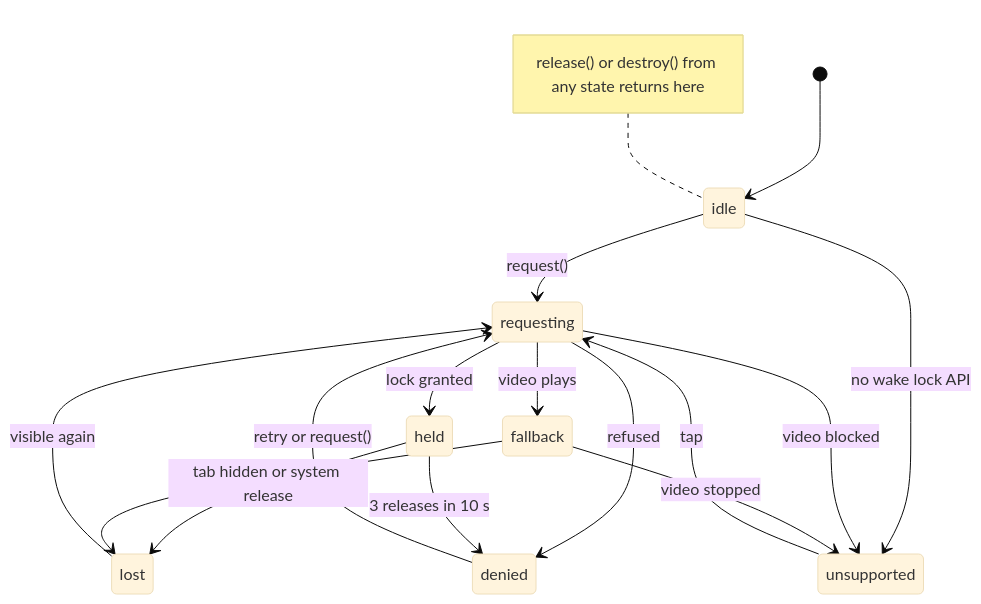
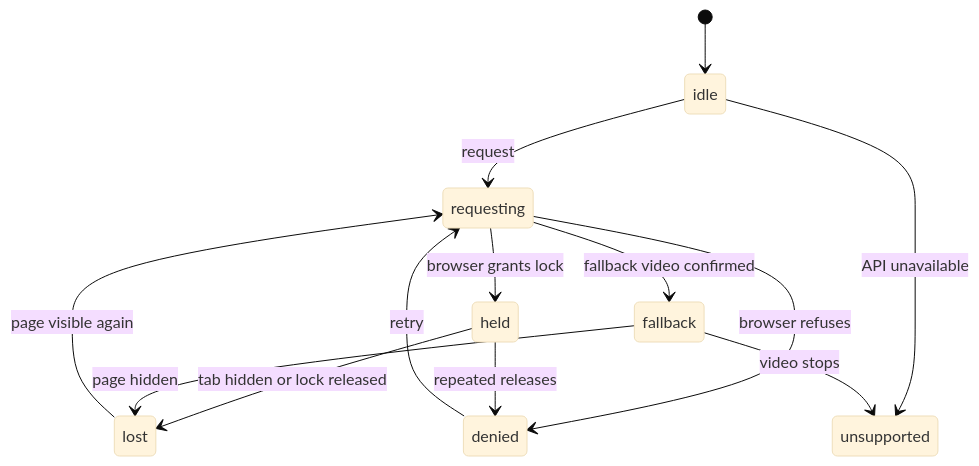
One commit to SoubhikBiswas-gitHub/awaketab changed the first of 2 diagrams in README.md. Above: the diagram before and after it, drawn with Mermaid (base theme). The commit also changed other lines of this file and 3 other files, not shown here.

Commit message:
docs: refresh AwakeTab project landing page

````diff
--- a/README.md
+++ b/README.md
@@ -54,18 +109,15 @@
 ```mermaid
 stateDiagram-v2
     [*] --> idle
-    idle --> requesting: request()
-    idle --> unsupported: no wake lock API
-    requesting --> held: lock granted
-    requesting --> fallback: video plays
-    requesting --> denied: refused
-    requesting --> unsupported: video blocked
-    held --> lost: tab hidden or system release
-    held --> denied: 3 releases in 10 s
-    fallback --> lost
-    fallback --> unsupported: video stopped
-    lost --> requesting: visible again
-    denied --> requesting: retry or request()
-    unsupported --> requesting: tap
-    note left of idle: release() or destroy() from any state returns here
+    idle --> requesting: request
+    idle --> unsupported: API unavailable
+    requesting --> held: browser grants lock
+    requesting --> denied: browser refuses
+    requesting --> fallback: fallback video confirmed
+    held --> lost: tab hidden or lock released
+    held --> denied: repeated releases
+    lost --> requesting: page visible again
+    denied --> requesting: retry
+    fallback --> lost: page hidden
+    fallback --> unsupported: video stops
 ```
````
